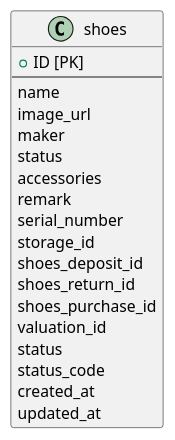
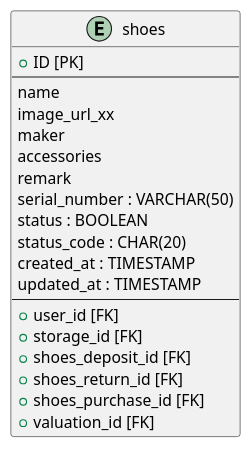
One commit to mybz-inc/sneaker changed the diagram in db/shoes.pu. Above: the diagram before and after it, drawn with PlantUML. The commit also changed 6 other files, not shown here.

```diff
--- a/db/shoes.pu
+++ b/db/shoes.pu
@@ -1,22 +1,23 @@
 @startuml shoes
-class shoes {
+entity shoes {
   + ID [PK]
   --
   name
-  image_url
+  image_url_xx
   maker
-  status
   accessories
   remark
-  serial_number
-  storage_id
-  shoes_deposit_id
-  shoes_return_id
-  shoes_purchase_id
-  valuation_id
-  status
-  status_code
-  created_at
-  updated_at
+  serial_number : VARCHAR(50)
+  status : BOOLEAN
+  status_code : CHAR(20)
+  created_at : TIMESTAMP
+  updated_at : TIMESTAMP
+  --
+  + user_id [FK]
+  + storage_id [FK]
+  + shoes_deposit_id [FK]
+  + shoes_return_id [FK]
+  + shoes_purchase_id [FK]
+  + valuation_id [FK]
 }
 @enduml
```
